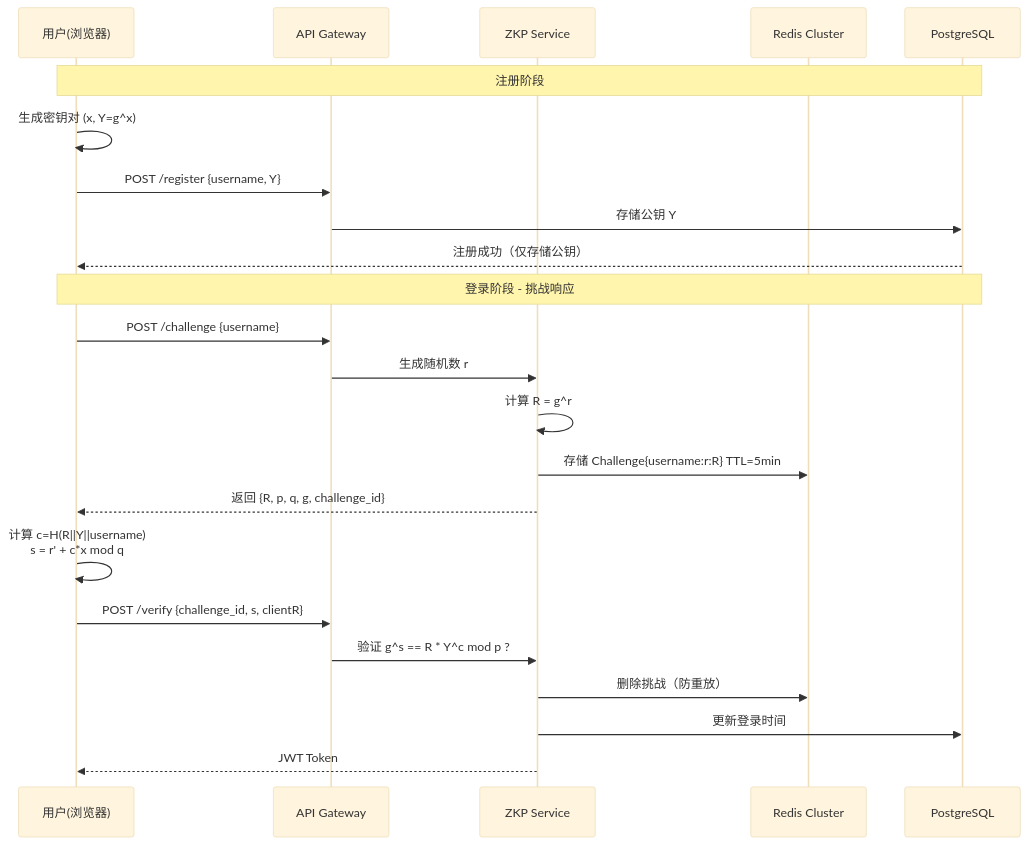
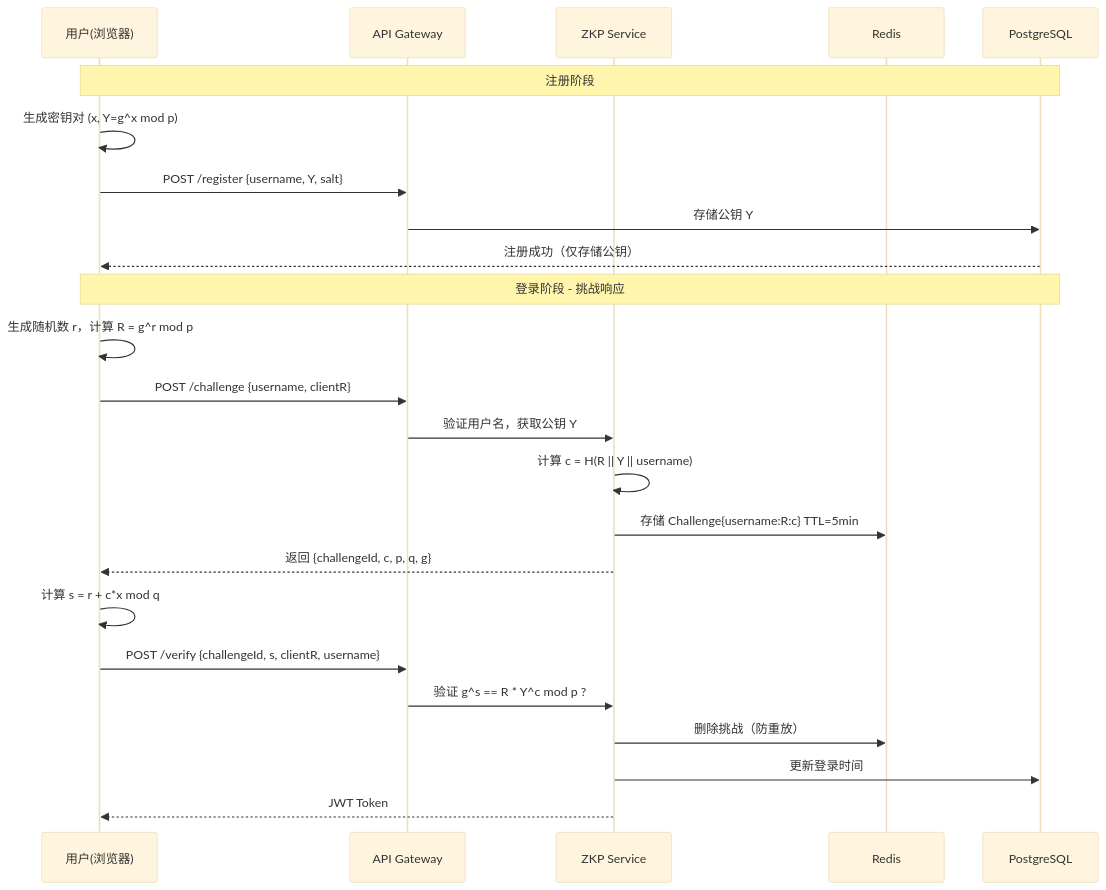
One commit to Arisgod1/Zkp_rkp changed the first of 2 diagrams in README.md. Above: the diagram before and after it, drawn with Mermaid (base theme). The commit also changed other lines of this file and 25 other files, not shown here.

````diff
--- a/README.md
+++ b/README.md
@@ -26,28 +26,29 @@
 ```mermaid
 sequenceDiagram
     participant U as 用户(浏览器)
     participant A as API Gateway
     participant S as ZKP Service
-    participant R as Redis Cluster
+    participant R as Redis
     participant P as PostgreSQL
     
     Note over U,P: 注册阶段
-    U->>U: 生成密钥对 (x, Y=g^x)
-    U->>A: POST /register {username, Y}
+    U->>U: 生成密钥对 (x, Y=g^x mod p)
+    U->>A: POST /register {username, Y, salt}
     A->>P: 存储公钥 Y
     P-->>U: 注册成功（仅存储公钥）
     
     Note over U,P: 登录阶段 - 挑战响应
-    U->>A: POST /challenge {username}
-    A->>S: 生成随机数 r
-    S->>S: 计算 R = g^r
-    S->>R: 存储 Challenge{username:r:R} TTL=5min
-    S-->>U: 返回 {R, p, q, g, challenge_id}
+    U->>U: 生成随机数 r，计算 R = g^r mod p
+    U->>A: POST /challenge {username, clientR}
+    A->>S: 验证用户名，获取公钥 Y
+    S->>S: 计算 c = H(R || Y || username)
+    S->>R: 存储 Challenge{username:R:c} TTL=5min
+    S-->>U: 返回 {challengeId, c, p, q, g}
     
-    U->>U: 计算 c=H(R||Y||username)<br/>s = r' + c*x mod q
-    U->>A: POST /verify {challenge_id, s, clientR}
+    U->>U: 计算 s = r + c*x mod q
+    U->>A: POST /verify {challengeId, s, clientR, username}
     A->>S: 验证 g^s == R * Y^c mod p ?
     S->>R: 删除挑战（防重放）
     S->>P: 更新登录时间
     S-->>U: JWT Token
 ```
````
